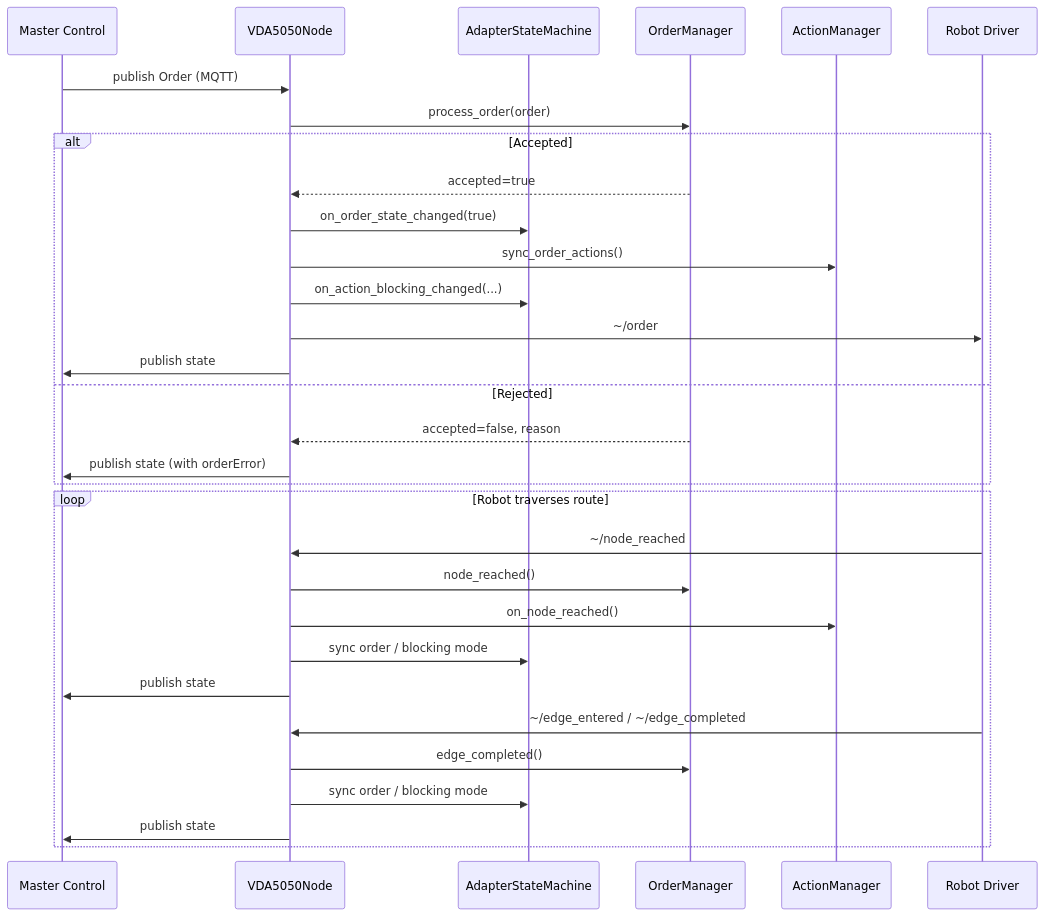
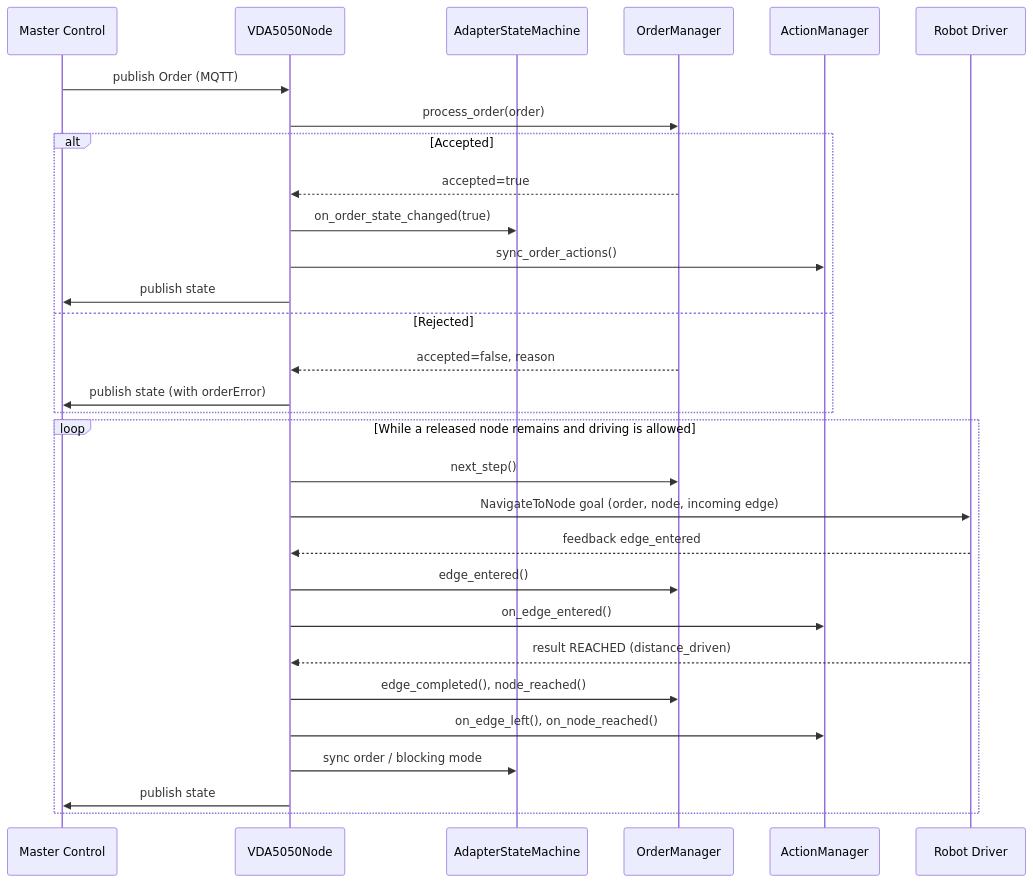
The fifth of 7 diagrams in vda5050_client_adapter/docs/architecture.md (NhatTran-97/eiu-vda5050-support-open-rmf), drawn with Mermaid before and after one commit. The commit also changed other lines of this file and 21 other files, not shown here.

First line of the commit message:
vda5050_client_adapter: own the order, drive bridge via NavigateToNode

````diff
--- a/vda5050_client_adapter/docs/architecture.md
+++ b/vda5050_client_adapter/docs/architecture.md
@@ -180,37 +232,35 @@
 ```mermaid
 sequenceDiagram
     participant MC as Master Control
     participant Node as VDA5050Node
     participant SM as AdapterStateMachine
     participant OM as OrderManager
     participant AM as ActionManager
     participant Robot as Robot Driver
 
     MC->>Node: publish Order (MQTT)
     Node->>OM: process_order(order)
 
     alt Accepted
         OM-->>Node: accepted=true
         Node->>SM: on_order_state_changed(true)
         Node->>AM: sync_order_actions()
-        Node->>SM: on_action_blocking_changed(...)
-        Node->>Robot: ~/order
         Node->>MC: publish state
     else Rejected
         OM-->>Node: accepted=false, reason
         Node->>MC: publish state (with orderError)
     end
 
-    loop Robot traverses route
-        Robot->>Node: ~/node_reached
-        Node->>OM: node_reached()
-        Node->>AM: on_node_reached()
-        Node->>SM: sync order / blocking mode
-        Node->>MC: publish state
-
-        Robot->>Node: ~/edge_entered / ~/edge_completed
-        Node->>OM: edge_completed()
+    loop While a released node remains and driving is allowed
+        Node->>OM: next_step()
+        Node->>Robot: NavigateToNode goal (order, node, incoming edge)
+        Robot-->>Node: feedback edge_entered
+        Node->>OM: edge_entered()
+        Node->>AM: on_edge_entered()
+        Robot-->>Node: result REACHED (distance_driven)
+        Node->>OM: edge_completed(), node_reached()
+        Node->>AM: on_edge_left(), on_node_reached()
         Node->>SM: sync order / blocking mode
         Node->>MC: publish state
     end
 ```
````
